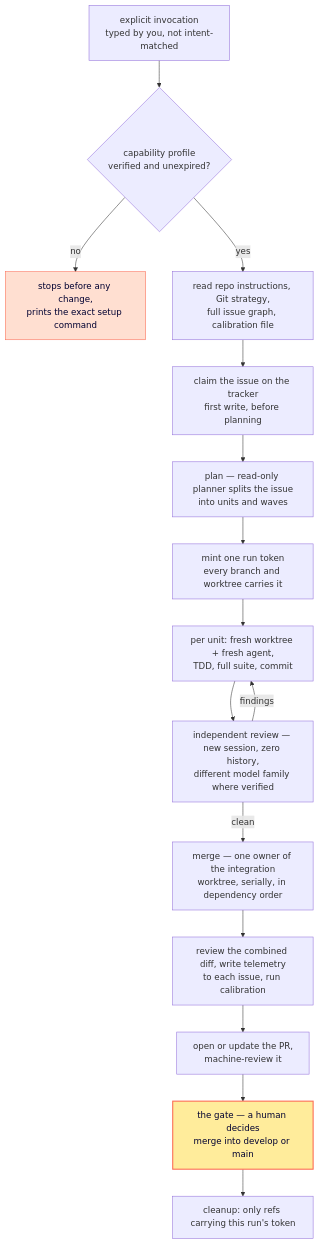
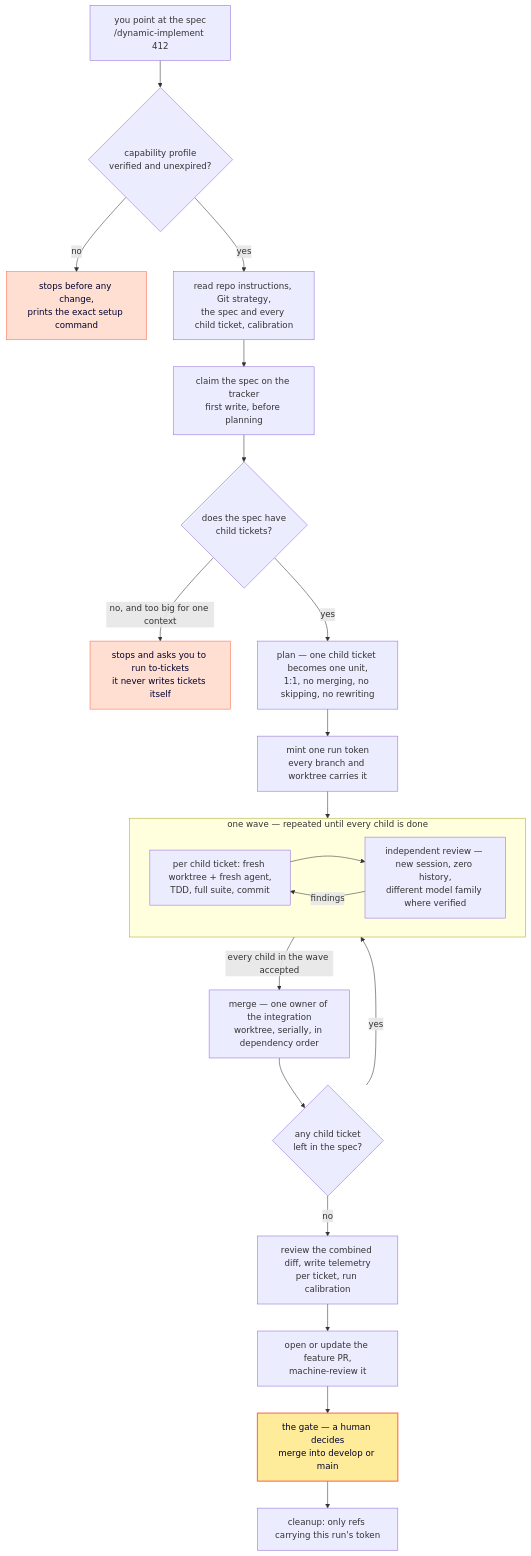
Before and after one commit to phassle/skills: the second of 2 diagrams in README.md, drawn with Mermaid. The commit also changed other lines of this file, not shown here.

Commit message:
readme: make the spec-in, all-children-out flow explicit
The flows read as "one issue in, one PR out", which is the wrong mental
model: you point at the parent spec and every child ticket under it is
worked off, one unit each, until the feature is integrated — one feature
PR, not one PR per ticket.

The run diagram now shows the child-ticket decision (no children and too
big for one context stops and asks for to-tickets), the per-ticket wave
as a labelled loop, and the replan edge that keeps going while any child
is left. Adds a "one ticket? use Matt Pocock's skills directly" table,
since the planning, run token, worktree fan-out and integration branch
are pure overhead for a single change.

Both diagrams re-rendered clean through mermaid-cli.

````diff
--- a/README.md
+++ b/README.md
@@ -106,20 +108,31 @@
 ```mermaid
 flowchart TD
-  A["explicit invocation<br/>typed by you, not intent-matched"] --> B{"capability profile<br/>verified and unexpired?"}
+  A["you point at the spec<br/>/dynamic-implement 412"] --> B{"capability profile<br/>verified and unexpired?"}
   B -->|no| B2["stops before any change,<br/>prints the exact setup command"]
-  B -->|yes| C["read repo instructions, Git strategy,<br/>full issue graph, calibration file"]
-  C --> D["claim the issue on the tracker<br/>first write, before planning"]
-  D --> E["plan — read-only planner splits the issue<br/>into units and waves"]
-  E --> F["mint one run token<br/>every branch and worktree carries it"]
-  F --> G["per unit: fresh worktree + fresh agent,<br/>TDD, full suite, commit"]
-  G --> H["independent review — new session, zero history,<br/>different model family where verified"]
-  H -->|findings| G
-  H -->|clean| I["merge — one owner of the integration<br/>worktree, serially, in dependency order"]
-  I --> J["review the combined diff, write telemetry<br/>to each issue, run calibration"]
-  J --> K["open or update the PR,<br/>machine-review it"]
-  K --> L["the gate — a human decides<br/>merge into develop or main"]
-  L --> M["cleanup: only refs carrying this run's token"]
+  B -->|yes| C["read repo instructions, Git strategy,<br/>the spec and every child ticket, calibration"]
+  C --> D["claim the spec on the tracker<br/>first write, before planning"]
+  D --> E{"does the spec have<br/>child tickets?"}
+  E -->|no, and too big for one context| E2["stops and asks you to run to-tickets<br/>it never writes tickets itself"]
+  E -->|yes| F["plan — one child ticket becomes one unit,<br/>1:1, no merging, no skipping, no rewriting"]
+  F --> G["mint one run token<br/>every branch and worktree carries it"]
 
-  style L fill:#FFEC9B,stroke:#FC6C54,stroke-width:2px,color:#010031
+  subgraph wave["one wave — repeated until every child is done"]
+    H["per child ticket: fresh worktree + fresh agent,<br/>TDD, full suite, commit"]
+    I["independent review — new session, zero history,<br/>different model family where verified"]
+    H --> I
+    I -->|findings| H
+  end
+
+  G --> wave
+  wave -->|"every child in the wave accepted"| J["merge — one owner of the integration<br/>worktree, serially, in dependency order"]
+  J --> K{"any child ticket<br/>left in the spec?"}
+  K -->|yes| wave
+  K -->|no| L["review the combined diff, write telemetry<br/>per ticket, run calibration"]
+  L --> M["open or update the feature PR,<br/>machine-review it"]
+  M --> N["the gate — a human decides<br/>merge into develop or main"]
+  N --> O["cleanup: only refs carrying this run's token"]
+
+  style N fill:#FFEC9B,stroke:#FC6C54,stroke-width:2px,color:#010031
   style B2 fill:#FFDFD1,stroke:#FC6C54,color:#010031
+  style E2 fill:#FFDFD1,stroke:#FC6C54,color:#010031
 ```
````
